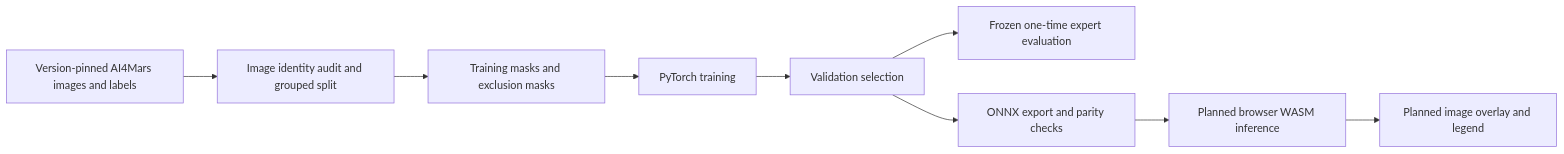
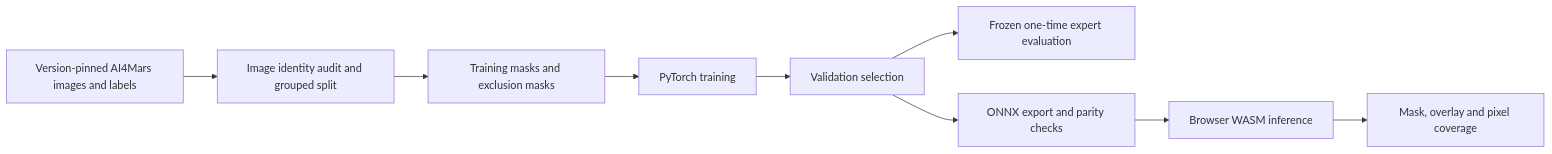
The diagram in docs/architecture.md (victorhuii/Mars-Rover-Terrain-Segmentation), drawn with Mermaid before and after one commit. The commit also changed other lines of this file and 53 other files, not shown here.

````diff
--- a/docs/architecture.md
+++ b/docs/architecture.md
@@ -3,11 +3,11 @@
 ```mermaid
 flowchart LR
   A[Version-pinned AI4Mars images and labels] --> B[Image identity audit and grouped split]
   B --> C[Training masks and exclusion masks]
   C --> D[PyTorch training]
   D --> E[Validation selection]
   E --> F[Frozen one-time expert evaluation]
   E --> G[ONNX export and parity checks]
-  G --> H[Planned browser WASM inference]
-  H --> I[Planned image overlay and legend]
+  G --> H[Browser WASM inference]
+  H --> I[Mask, overlay and pixel coverage]
 ```
````
